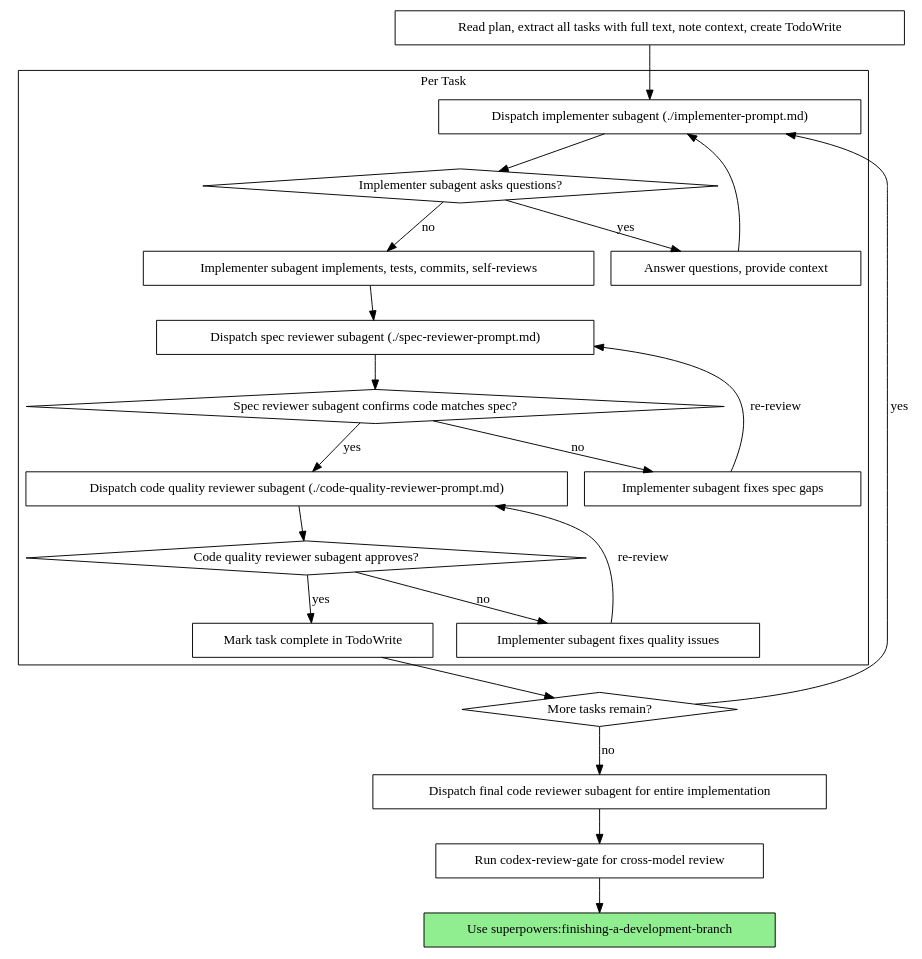
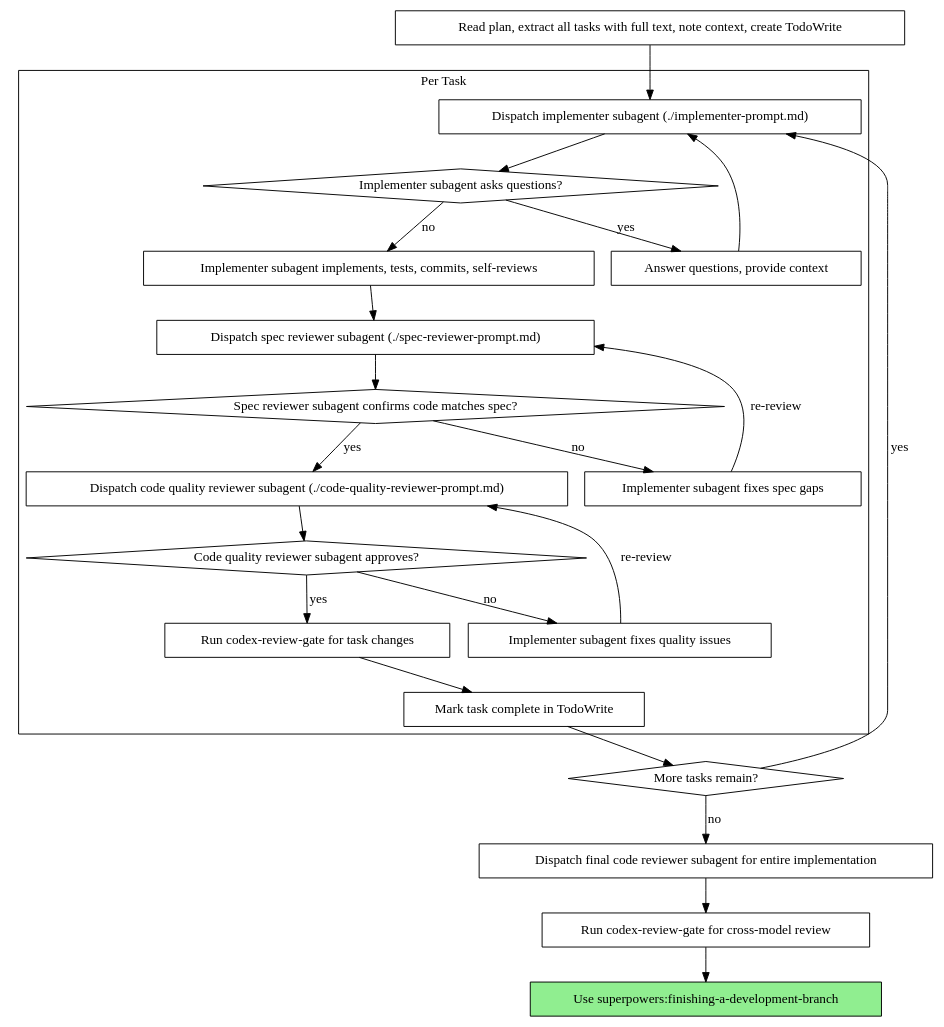
Before and after one commit to seankao31/dotfiles: the second of 2 diagrams in agent-config/superpowers-overrides/subagent-driven-development/SKILL.md, drawn with Graphviz. The commit also changed other lines of this file, not shown here.

Commit message:
add per-task codex-review-gate to subagent-driven-development workflow

````diff
--- a/agent-config/superpowers-overrides/subagent-driven-development/SKILL.md
+++ b/agent-config/superpowers-overrides/subagent-driven-development/SKILL.md
@@ -44,46 +44,48 @@
 ```dot
 digraph process {
     rankdir=TB;
 
     subgraph cluster_per_task {
         label="Per Task";
         "Dispatch implementer subagent (./implementer-prompt.md)" [shape=box];
         "Implementer subagent asks questions?" [shape=diamond];
         "Answer questions, provide context" [shape=box];
         "Implementer subagent implements, tests, commits, self-reviews" [shape=box];
         "Dispatch spec reviewer subagent (./spec-reviewer-prompt.md)" [shape=box];
         "Spec reviewer subagent confirms code matches spec?" [shape=diamond];
         "Implementer subagent fixes spec gaps" [shape=box];
         "Dispatch code quality reviewer subagent (./code-quality-reviewer-prompt.md)" [shape=box];
         "Code quality reviewer subagent approves?" [shape=diamond];
         "Implementer subagent fixes quality issues" [shape=box];
+        "Run codex-review-gate for task changes" [shape=box];
         "Mark task complete in TodoWrite" [shape=box];
     }
 
     "Read plan, extract all tasks with full text, note context, create TodoWrite" [shape=box];
     "More tasks remain?" [shape=diamond];
     "Dispatch final code reviewer subagent for entire implementation" [shape=box];
     "Run codex-review-gate for cross-model review" [shape=box];
     "Use superpowers:finishing-a-development-branch" [shape=box style=filled fillcolor=lightgreen];
 
     "Read plan, extract all tasks with full text, note context, create TodoWrite" -> "Dispatch implementer subagent (./implementer-prompt.md)";
     "Dispatch implementer subagent (./implementer-prompt.md)" -> "Implementer subagent asks questions?";
     "Implementer subagent asks questions?" -> "Answer questions, provide context" [label="yes"];
     "Answer questions, provide context" -> "Dispatch implementer subagent (./implementer-prompt.md)";
     "Implementer subagent asks questions?" -> "Implementer subagent implements, tests, commits, self-reviews" [label="no"];
     "Implementer subagent implements, tests, commits, self-reviews" -> "Dispatch spec reviewer subagent (./spec-reviewer-prompt.md)";
     "Dispatch spec reviewer subagent (./spec-reviewer-prompt.md)" -> "Spec reviewer subagent confirms code matches spec?";
     "Spec reviewer subagent confirms code matches spec?" -> "Implementer subagent fixes spec gaps" [label="no"];
     "Implementer subagent fixes spec gaps" -> "Dispatch spec reviewer subagent (./spec-reviewer-prompt.md)" [label="re-review"];
     "Spec reviewer subagent confirms code matches spec?" -> "Dispatch code quality reviewer subagent (./code-quality-reviewer-prompt.md)" [label="yes"];
     "Dispatch code quality reviewer subagent (./code-quality-reviewer-prompt.md)" -> "Code quality reviewer subagent approves?";
     "Code quality reviewer subagent approves?" -> "Implementer subagent fixes quality issues" [label="no"];
     "Implementer subagent fixes quality issues" -> "Dispatch code quality reviewer subagent (./code-quality-reviewer-prompt.md)" [label="re-review"];
-    "Code quality reviewer subagent approves?" -> "Mark task complete in TodoWrite" [label="yes"];
+    "Code quality reviewer subagent approves?" -> "Run codex-review-gate for task changes" [label="yes"];
+    "Run codex-review-gate for task changes" -> "Mark task complete in TodoWrite";
     "Mark task complete in TodoWrite" -> "More tasks remain?";
     "More tasks remain?" -> "Dispatch implementer subagent (./implementer-prompt.md)" [label="yes"];
     "More tasks remain?" -> "Dispatch final code reviewer subagent for entire implementation" [label="no"];
     "Dispatch final code reviewer subagent for entire implementation" -> "Run codex-review-gate for cross-model review";
     "Run codex-review-gate for cross-model review" -> "Use superpowers:finishing-a-development-branch";
 }
 ```
````
